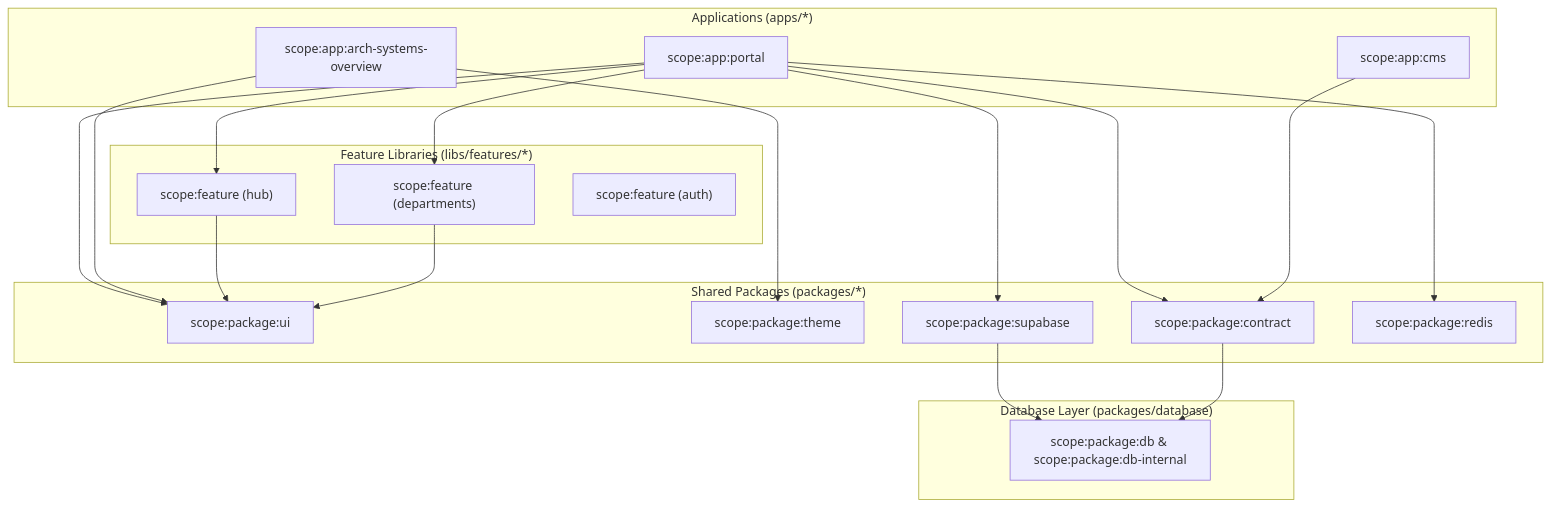
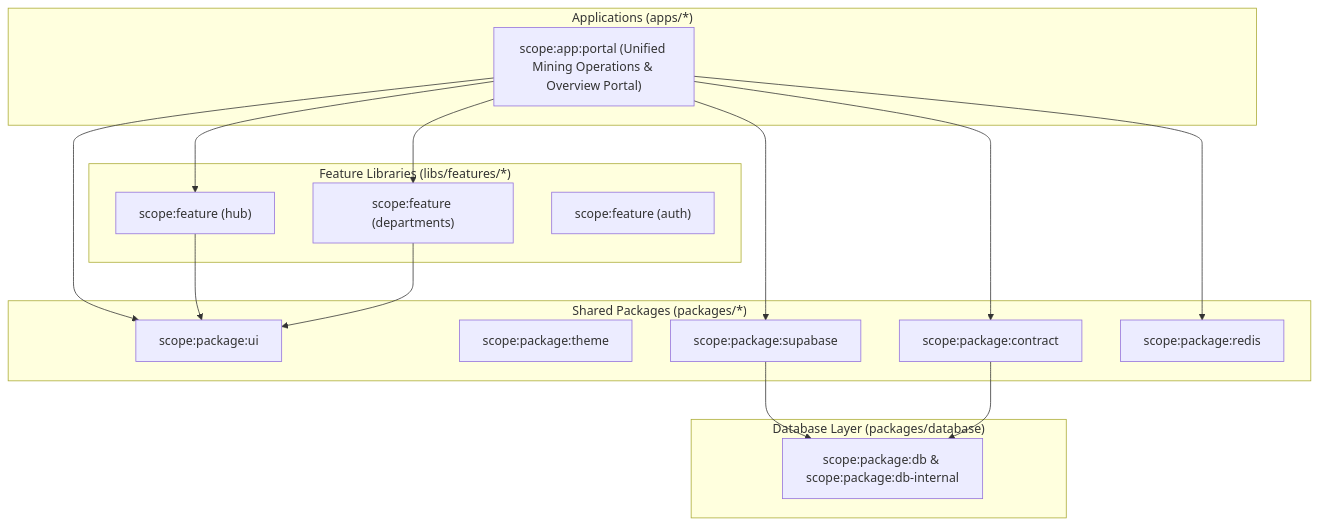
The second of 2 diagrams in codebase-maps/latest/nx-graph.md (Timothy191/Arch-System), drawn with Mermaid before and after one commit. The commit also changed other lines of this file and 291 other files, not shown here.

Commit message:
refactor(monorepo): consolidate to unified portal, prune legacy apps, and remove dead code

````diff
--- a/codebase-maps/latest/nx-graph.md
+++ b/codebase-maps/latest/nx-graph.md
@@ -55,43 +55,37 @@
 ```mermaid
 graph TD
     subgraph Apps ["Applications (apps/*)"]
-        PORTAL["scope:app:portal"]
-        CMS["scope:app:cms"]
-        OVERVIEW["scope:app:arch-systems-overview"]
+        PORTAL["scope:app:portal (Unified Mining Operations & Overview Portal)"]
     end
 
     subgraph Features ["Feature Libraries (libs/features/*)"]
         HUB["scope:feature (hub)"]
         DEPTS["scope:feature (departments)"]
         AUTH_FEAT["scope:feature (auth)"]
     end
 
     subgraph Packages ["Shared Packages (packages/*)"]
         UI["scope:package:ui"]
         THEME["scope:package:theme"]
         SUPABASE["scope:package:supabase"]
         CONTRACT["scope:package:contract"]
         REDIS["scope:package:redis"]
     end
 
     subgraph Database ["Database Layer (packages/database)"]
         DB["scope:package:db & scope:package:db-internal"]
     end
 
     PORTAL --> HUB
     PORTAL --> DEPTS
     PORTAL --> UI
     PORTAL --> SUPABASE
     PORTAL --> CONTRACT
     PORTAL --> REDIS
 
-    CMS --> CONTRACT
-    OVERVIEW --> UI
-    OVERVIEW --> THEME
-
     HUB --> UI
     DEPTS --> UI
 
     SUPABASE --> DB
     CONTRACT --> DB
 ```
````
